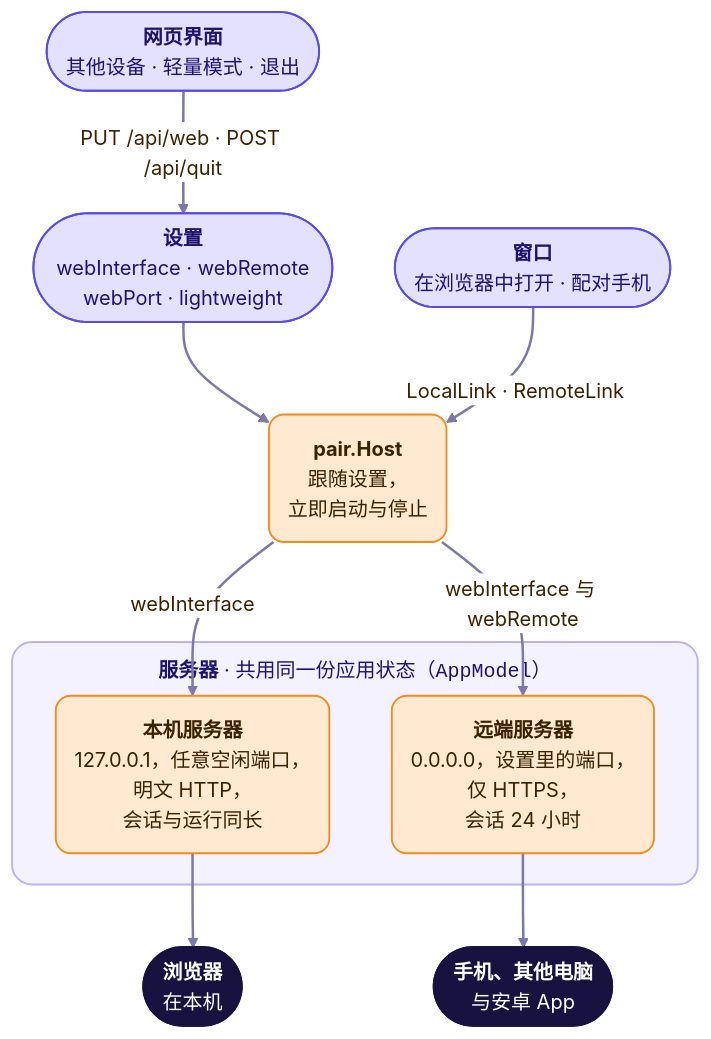
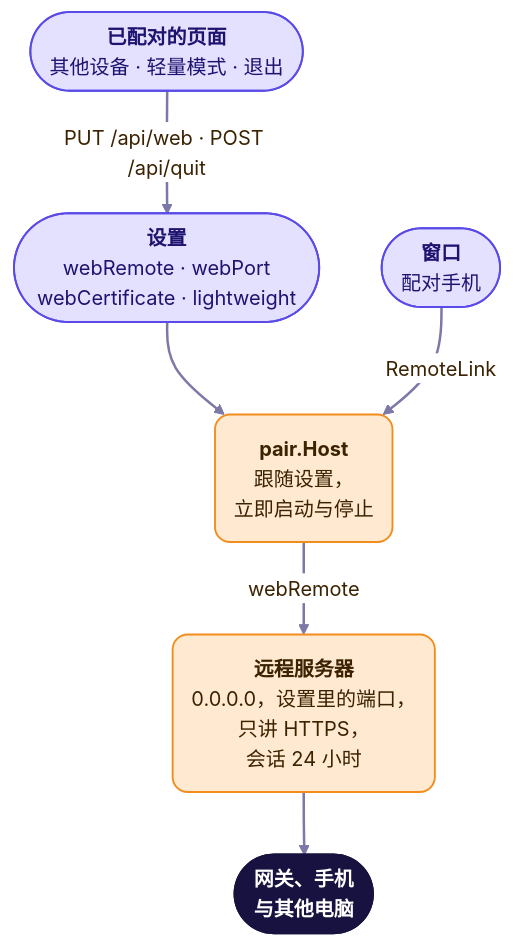
One commit to version-fox/vfox-plus changed the third of 5 diagrams in docs/zh-CN/dev/architecture.md. Above: the diagram before and after it, drawn with Mermaid. The commit also changed other lines of this file and 336 other files, not shown here.

First line of the commit message:
Move the phone app to mygo; serve the web interface from the gateway only (#70)

````diff
--- a/docs/zh-CN/dev/architecture.md
+++ b/docs/zh-CN/dev/architecture.md
@@ -303,45 +304,39 @@
 ```mermaid
 ---
 config:
   theme: base
   themeVariables:
     fontFamily: "system-ui, -apple-system, 'Segoe UI', 'Noto Sans', 'Noto Sans CJK SC', 'PingFang SC', 'Microsoft YaHei', sans-serif"
     lineColor: "#7C79A8"
     primaryColor: "#FFE9D0"
     primaryBorderColor: "#F28C1B"
     primaryTextColor: "#3B2200"
     clusterBkg: "#F4F2FF"
     clusterBorder: "#B9B3F5"
     titleColor: "#1E1470"
     edgeLabelBackground: "#FFFFFF"
   flowchart:
     curve: basis
     wrappingWidth: 320
     subGraphTitleMargin:
       top: 10
       bottom: 8
 ---
 flowchart TB
-    accTitle: 设置如何决定运行哪些服务器
-    accDescr: Host 读取设置 webInterface、webRemote、webPort 与 lightweight。webInterface 开启时，它为本机浏览器运行一个回环服务器；webRemote 也开启时，再为手机与其他电脑运行第二个 HTTPS 服务器。两个服务器共用同一份应用状态。窗口为两者生成链接，网页界面的页面则修改设置。
-    set(["<b>设置</b><br/>webInterface · webRemote<br/>webPort · lightweight"]) --> host("<b>pair.Host</b><br/>跟随设置，<br/>立即启动与停止")
-    subgraph servers["<b>服务器</b> · 共用同一份应用状态（<code>AppModel</code>）"]
-        loc("<b>本机服务器</b><br/>127.0.0.1，任意空闲端口，<br/>明文 HTTP，<br/>会话与运行同长")
-        rem("<b>远端服务器</b><br/>0.0.0.0，设置里的端口，<br/>仅 HTTPS，<br/>会话 24 小时")
-    end
-    host -->|webInterface| loc
-    host -->|"webInterface 与 webRemote"| rem
-    loc --> b1(["<b>浏览器</b><br/>在本机"])
-    rem --> b2(["<b>手机、其他电脑</b><br/>与安卓 App"])
-    win(["<b>窗口</b><br/>在浏览器中打开 · 配对手机"]) -->|"LocalLink · RemoteLink"| host
-    web(["<b>网页界面</b><br/>其他设备 · 轻量模式 · 退出"]) -->|"PUT /api/web · POST /api/quit"| set
+    accTitle: 设置如何决定其他设备能否连接
+    accDescr: Host 读取设置 webRemote、webPort 与证书。webRemote 开启时，它为 Docker 网关、手机与其他电脑运行一个 HTTPS 服务器。窗口生成配对链接，已配对的页面则修改设置。
+    set(["<b>设置</b><br/>webRemote · webPort<br/>webCertificate · lightweight"]) --> host("<b>pair.Host</b><br/>跟随设置，<br/>立即启动与停止")
+    rem("<b>远程服务器</b><br/>0.0.0.0，设置里的端口，<br/>只讲 HTTPS，<br/>会话 24 小时")
+    host -->|webRemote| rem
+    rem --> b2(["<b>网关、手机<br/>与其他电脑</b>"])
+    win(["<b>窗口</b><br/>配对手机"]) -->|"RemoteLink"| host
+    web(["<b>已配对的页面</b><br/>其他设备 · 轻量模式 · 退出"]) -->|"PUT /api/web · POST /api/quit"| set
 
     classDef cfg fill:#E4E0FF,stroke:#5A4BE8,color:#1E1470,stroke-width:1.5px
     classDef own fill:#FFE9D0,stroke:#F28C1B,color:#3B2200,stroke-width:1.5px,rx:12,ry:12
     classDef client fill:#17123F,stroke:#17123F,color:#FFFFFF,stroke-width:1.5px
     class set,win,web cfg
-    class host,loc,rem own
-    class b1,b2 client
-    style servers fill:#F4F2FF,stroke:#B9B3F5,stroke-width:1.5px,rx:16,ry:16
+    class host,rem own
+    class b2 client
     linkStyle default stroke-width:2px
 ```
````
